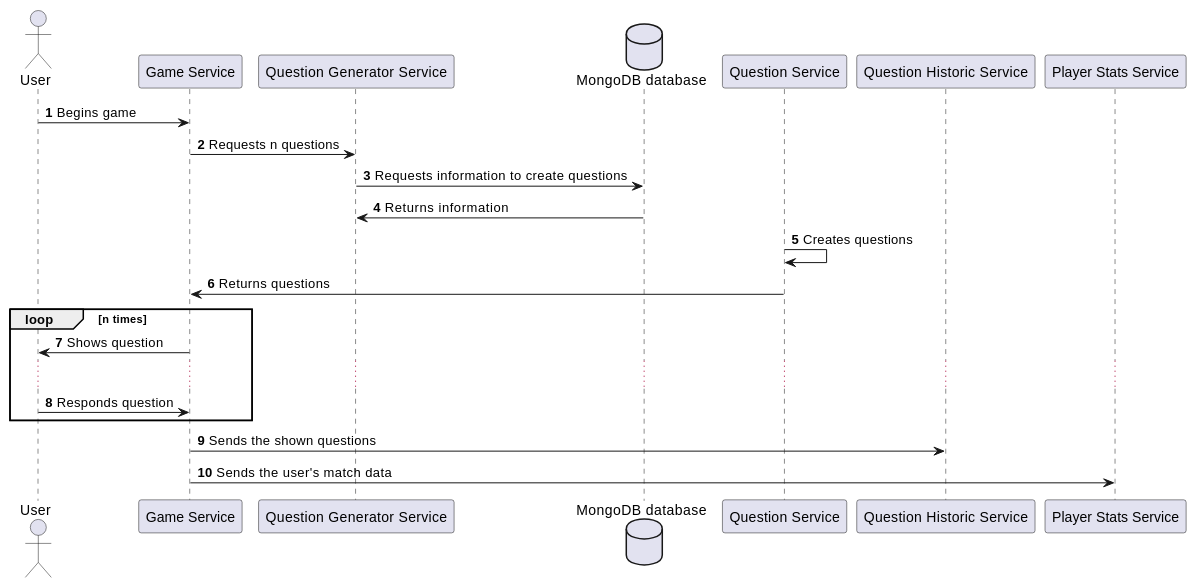
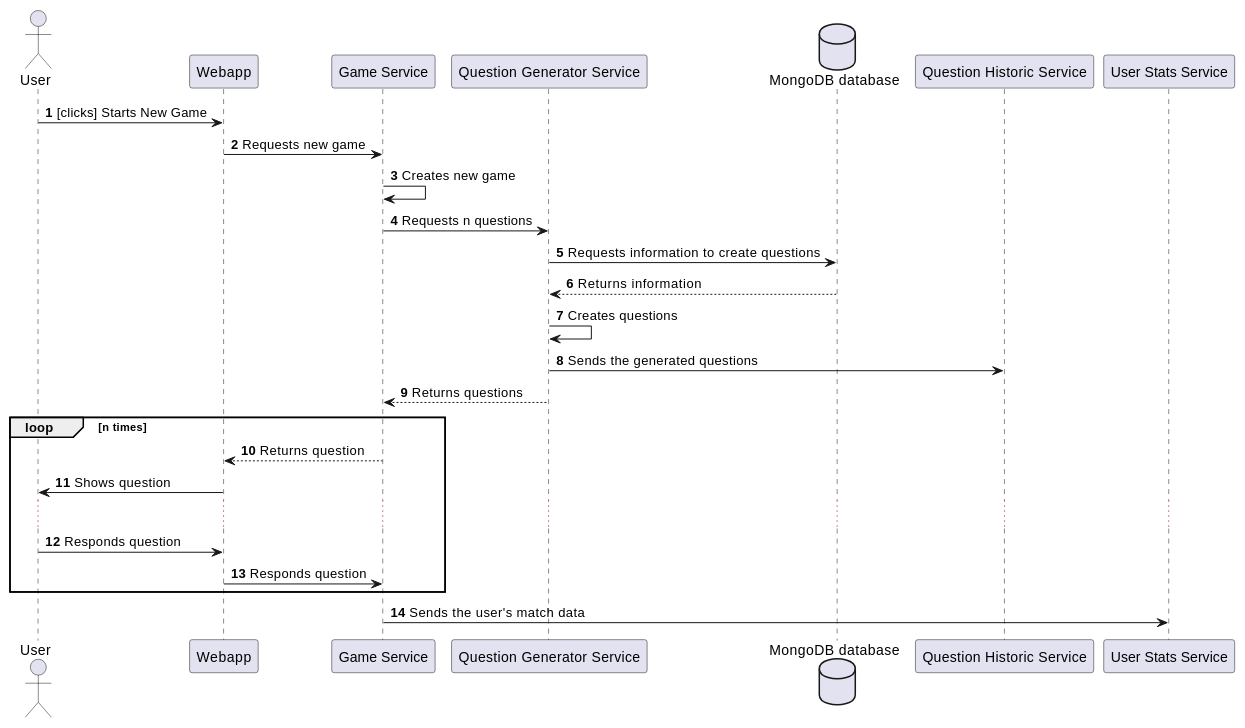
Before and after one commit to Arquisoft/wiq_es6c: the first of 4 diagrams in docs/src/06_runtime_view.adoc, drawn with PlantUML. The commit also changed other lines of this file, not shown here.

Commit message:
Fixed graphs

```diff
--- a/docs/src/06_runtime_view.adoc
+++ b/docs/src/06_runtime_view.adoc
@@ -8,25 +8,30 @@
 [plantuml,"Question generation 1",png]
 ----
 autonumber
 
 actor "User" as user
 
-user -> "Game Service": Begins game
+user -> "Webapp": [clicks] Starts New Game
+
+"Webapp" -> "Game Service": Requests new game
+"Game Service" -> "Game Service" : Creates new game
 "Game Service" -> "Question Generator Service" : Requests n questions
 
 database "MongoDB database" as DB
 
 "Question Generator Service" -> DB : Requests information to create questions
-DB -> "Question Generator Service" : Returns information
-"Question Service" -> "Question Service" : Creates questions
-"Question Service" -> "Game Service" : Returns questions
+DB --> "Question Generator Service" : Returns information
+"Question Generator Service" -> "Question Generator Service" : Creates questions
+"Question Generator Service" -> "Question Historic Service" : Sends the generated questions
+"Question Generator Service" --> "Game Service" : Returns questions
 
 loop n times
-    "Game Service" -> user : Shows question
+    "Game Service" --> "Webapp" : Returns question
+    "Webapp" -> user : Shows question
     …
-    user -> "Game Service" : Responds question
+    user -> "Webapp" : Responds question
+    "Webapp" -> "Game Service" : Responds question
 end
 
-"Game Service" -> "Question Historic Service" : Sends the shown questions
-"Game Service" -> "Player Stats Service" : Sends the  user's match data
+"Game Service" -> "User Stats Service" : Sends the  user's match data
 ----
```
